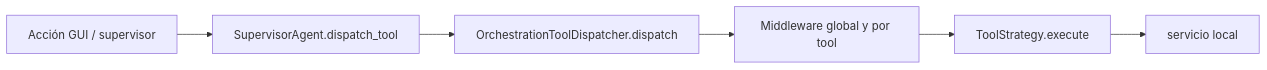
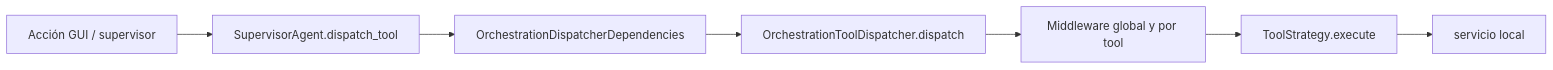
The second of 2 diagrams in docs/architecture/agent_tool_routing.md (FacundoSu1986/Sky-Claw), drawn with Mermaid before and after one commit. The commit also changed other lines of this file and 17 other files, not shown here.

Commit message:
refactor(orchestrator): inject dispatcher dependencies

````diff
--- a/docs/architecture/agent_tool_routing.md
+++ b/docs/architecture/agent_tool_routing.md
@@ -32,8 +37,9 @@
 ```mermaid
 flowchart LR
     UI["Acción GUI / supervisor"] --> Supervisor["SupervisorAgent.dispatch_tool"]
-    Supervisor --> Dispatcher["OrchestrationToolDispatcher.dispatch"]
+    Supervisor --> Deps["OrchestrationDispatcherDependencies"]
+    Deps --> Dispatcher["OrchestrationToolDispatcher.dispatch"]
     Dispatcher --> MW["Middleware global y por tool"]
     MW --> Strategy["ToolStrategy.execute"]
     Strategy --> Service["servicio local"]
 ```
````
